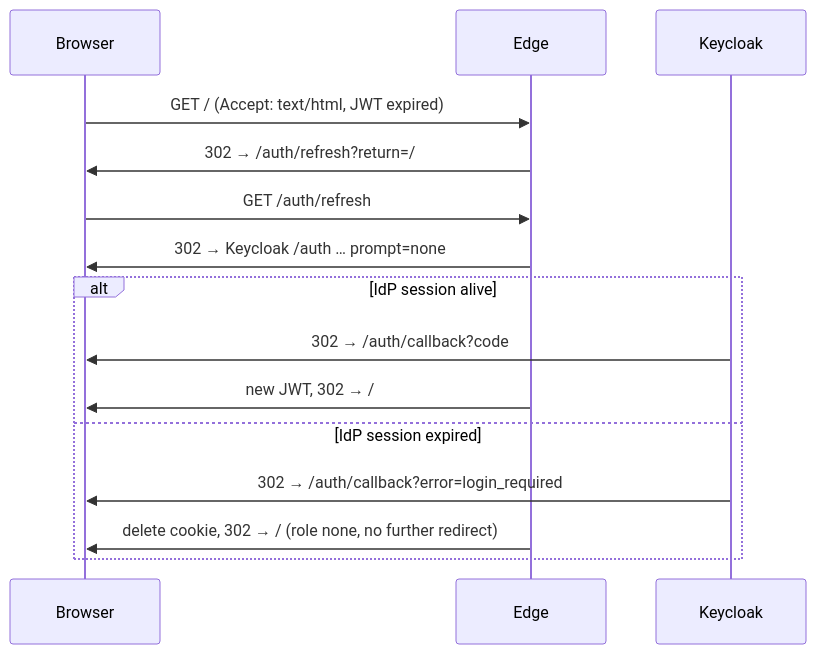
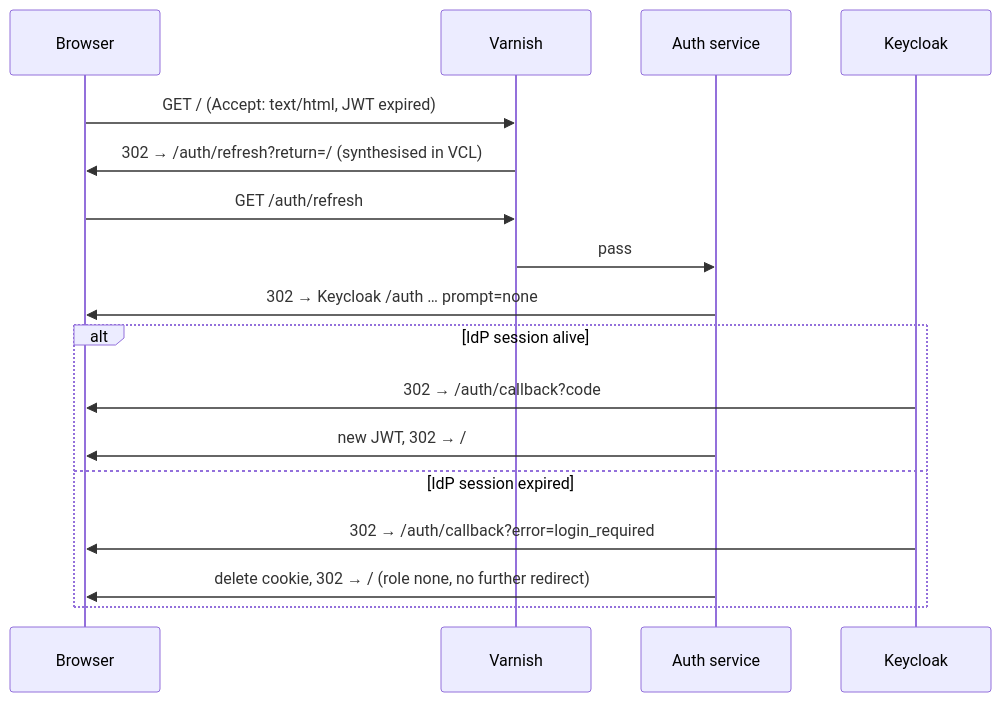
The third of 3 diagrams in README.md (correctiv/oidc-wp-prototype), drawn with Mermaid before and after one commit. The commit also changed other lines of this file and 24 other files, not shown here.

First line of the commit message:
Replace the Node edge with Varnish; shrink Express to an auth service

````diff
--- a/README.md
+++ b/README.md
@@ -112,17 +117,19 @@
 ```mermaid
 sequenceDiagram
     participant B as Browser
-    participant E as Edge
+    participant V as Varnish
+    participant A as Auth service
     participant K as Keycloak
-    B->>E: GET / (Accept: text/html, JWT expired)
-    E->>B: 302 → /auth/refresh?return=/
-    B->>E: GET /auth/refresh
-    E->>B: 302 → Keycloak /auth … prompt=none
+    B->>V: GET / (Accept: text/html, JWT expired)
+    V->>B: 302 → /auth/refresh?return=/ (synthesised in VCL)
+    B->>V: GET /auth/refresh
+    V->>A: pass
+    A->>B: 302 → Keycloak /auth … prompt=none
     alt IdP session alive
         K->>B: 302 → /auth/callback?code
-        E->>B: new JWT, 302 → /
+        A->>B: new JWT, 302 → /
     else IdP session expired
         K->>B: 302 → /auth/callback?error=login_required
-        E->>B: delete cookie, 302 → / (role none, no further redirect)
+        A->>B: delete cookie, 302 → / (role none, no further redirect)
     end
 ```
````
